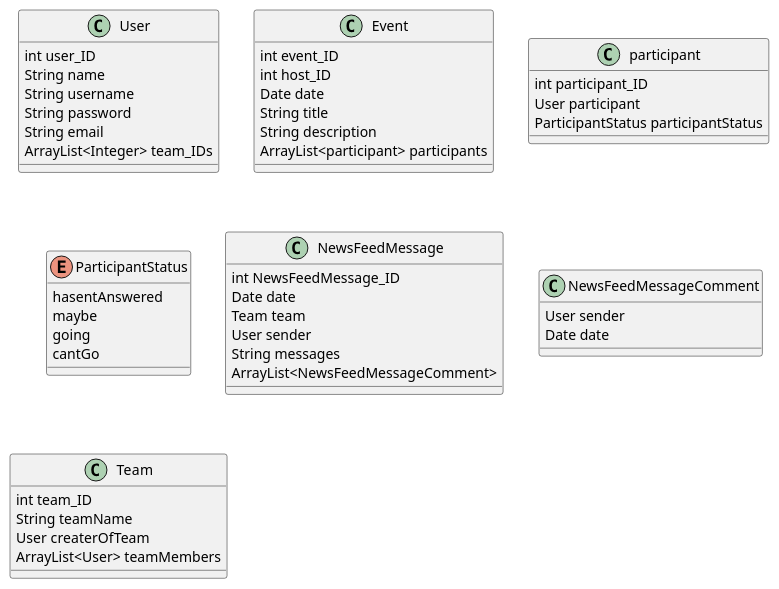
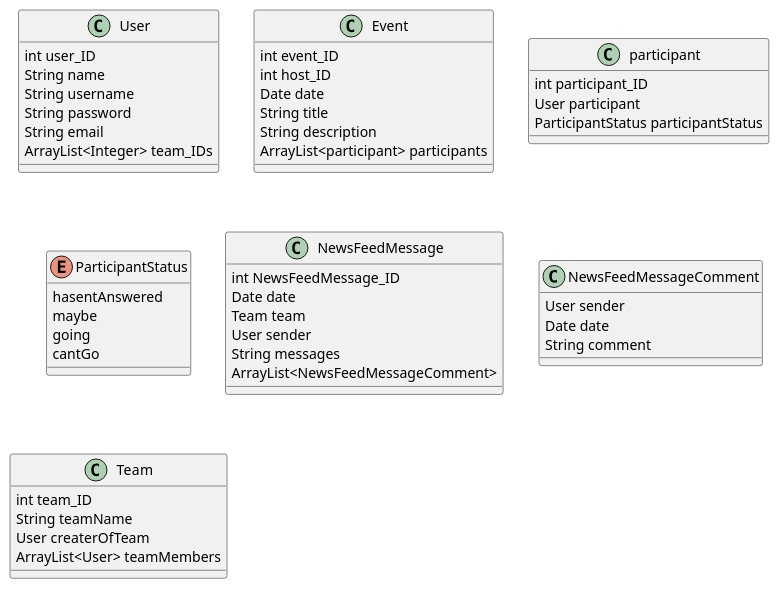
Before and after one commit to Rawlpluks/HoldCord: the diagram in Class diagram.wsd, drawn with PlantUML. The commit also changed 6 other files, not shown here.

```diff
--- a/Class diagram.wsd
+++ b/Class diagram.wsd
@@ -1,54 +1,55 @@
 @startuml
 class User{
     int user_ID
     String name
     String username
     String password
     String email
     ArrayList<Integer> team_IDs
 }
 
 class Event{
     int event_ID
     int host_ID
     Date date
     String title
     String description
     ArrayList<participant> participants
 }
 
 class participant{
     int participant_ID
     User participant
     ParticipantStatus participantStatus
 }
 
 enum ParticipantStatus{
     hasentAnswered
     maybe
     going
     cantGo
 }
 
 class NewsFeedMessage{
     int NewsFeedMessage_ID
     Date date
     Team team
     User sender
     String messages
     ArrayList<NewsFeedMessageComment>
 }
 
 class NewsFeedMessageComment{
     User sender
     Date date
+    String comment
 }
 
 class Team{
     int team_ID
     String teamName
     User createrOfTeam
     ArrayList<User> teamMembers
 }
 
 @enduml
```
